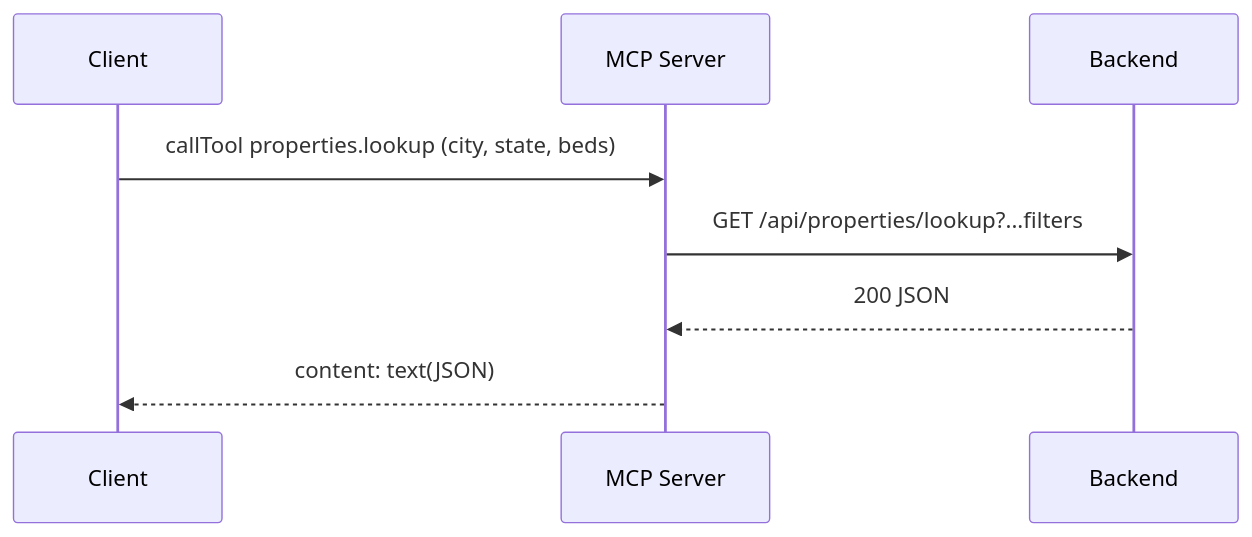
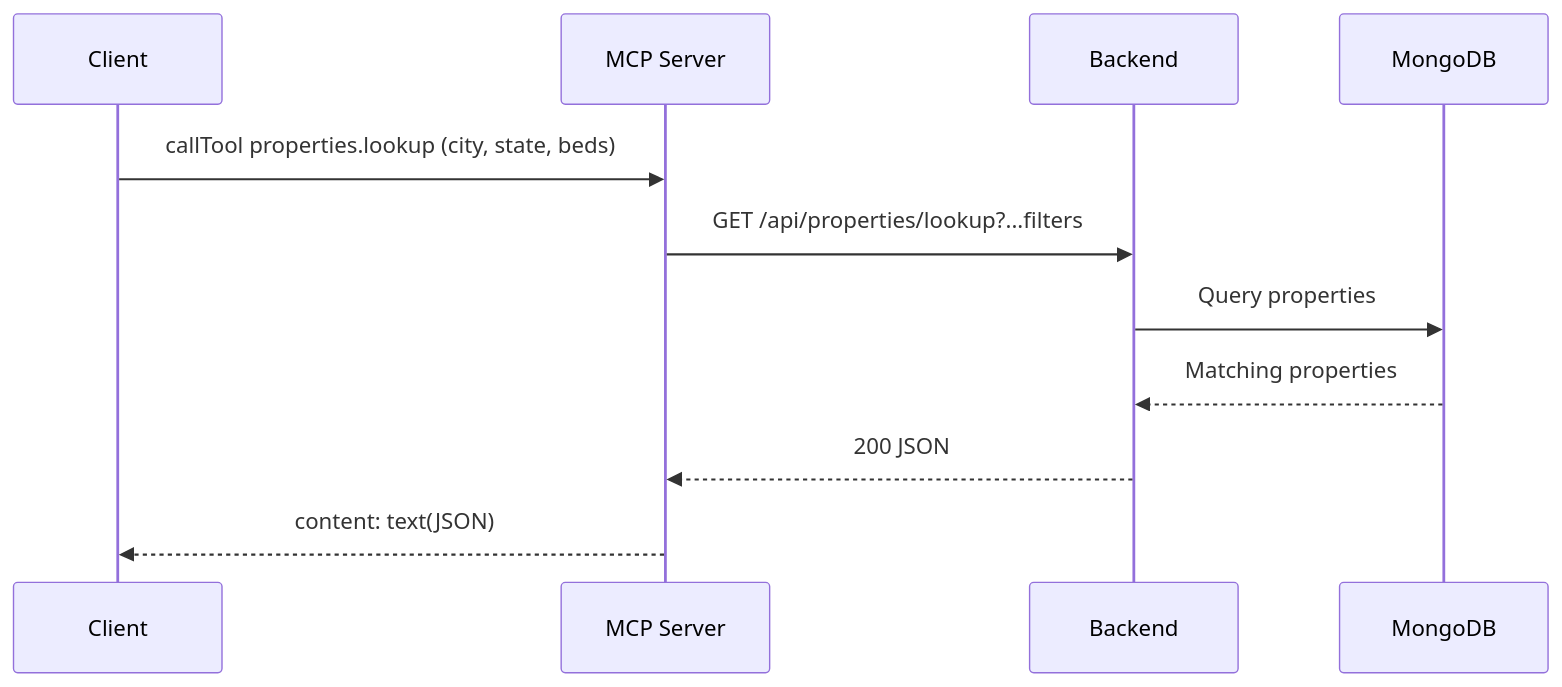
Diagram 12 of 16 in mcp/README.md (sisterai/estate-assistant-system), drawn with Mermaid before and after one commit. The commit also changed other lines of this file, not shown here.

````diff
--- a/mcp/README.md
+++ b/mcp/README.md
@@ -607,11 +774,14 @@
 ```mermaid
 sequenceDiagram
   participant C as Client
   participant S as MCP Server
   participant B as Backend
+  participant DB as MongoDB
 
   C->>S: callTool properties.lookup (city, state, beds)
   S->>B: GET /api/properties/lookup?...filters
+  B->>DB: Query properties
+  DB-->>B: Matching properties
   B-->>S: 200 JSON
   S-->>C: content: text(JSON)
 ```
````
